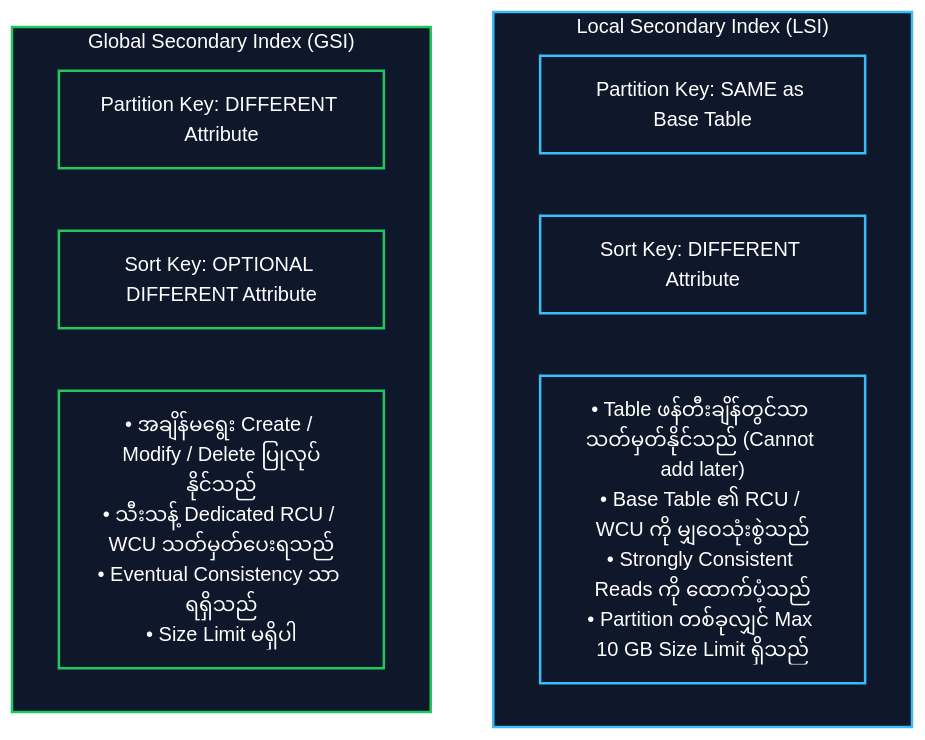
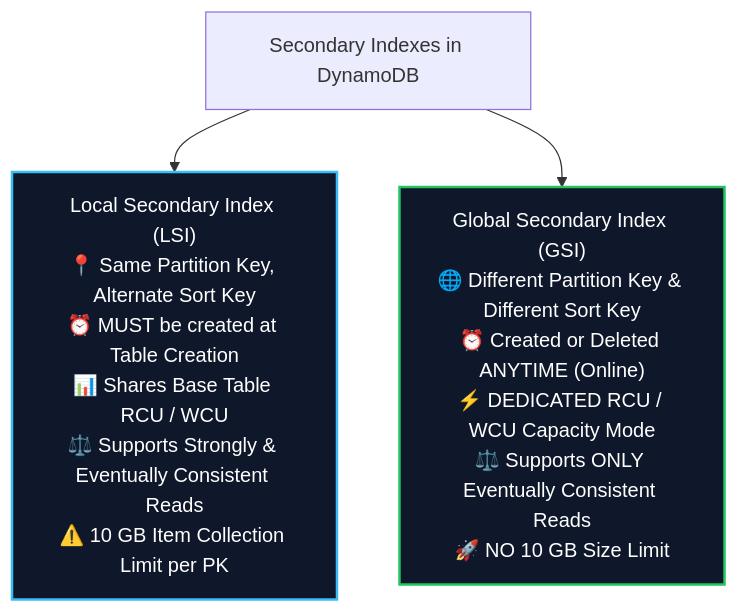
Before and after one commit to Wathon/aws-dea-c01-note: the third of 7 diagrams in content/mm/02-services/database/dynamodb.md, drawn with Mermaid. The commit also changed other lines of this file and 41 other files, not shown here.

````diff
--- a/content/mm/02-services/database/dynamodb.md
+++ b/content/mm/02-services/database/dynamodb.md
@@ -96,20 +164,11 @@
 ```mermaid
 graph TD
-    subgraph LSI_Struct["Local Secondary Index (LSI)"]
-        LSI_PK["Partition Key: SAME as Base Table"]
-        LSI_SK["Sort Key: DIFFERENT Attribute"]
-        LSI_Prop["• Table ဖန်တီးချိန်တွင်သာ သတ်မှတ်နိုင်သည် (Cannot add later)<br/>• Base Table ၏ RCU / WCU ကို မျှဝေသုံးစွဲသည်<br/>• Strongly Consistent Reads ကို ထောက်ပံ့သည်<br/>• Partition တစ်ခုလျှင် Max 10 GB Size Limit ရှိသည်"]
-    end
-
-    subgraph GSI_Struct["Global Secondary Index (GSI)"]
-        GSI_PK["Partition Key: DIFFERENT Attribute"]
-        GSI_SK["Sort Key: OPTIONAL DIFFERENT Attribute"]
-        GSI_Prop["• အချိန်မရွေး Create / Modify / Delete ပြုလုပ်နိုင်သည်<br/>• သီးသန့် Dedicated RCU / WCU သတ်မှတ်ပေးရသည်<br/>• Eventual Consistency သာ ရရှိသည်<br/>• Size Limit မရှိပါ"]
-    end
+    Root["Secondary Indexes in DynamoDB"] --> LSI["Local Secondary Index (LSI)<br/>📍 Same Partition Key, Alternate Sort Key<br/>⏰ MUST be created at Table Creation<br/>📊 Shares Base Table RCU / WCU<br/>⚖️ Supports Strongly & Eventually Consistent Reads<br/>⚠️ 10 GB Item Collection Limit per PK"]
+    Root --> GSI["Global Secondary Index (GSI)<br/>🌐 Different Partition Key & Different Sort Key<br/>⏰ Created or Deleted ANYTIME (Online)<br/>⚡ DEDICATED RCU / WCU Capacity Mode<br/>⚖️ Supports ONLY Eventually Consistent Reads<br/>🚀 NO 10 GB Size Limit"]
 
     classDef lsi fill:#0f172a,stroke:#38bdf8,stroke-width:2px,color:#fff;
     classDef gsi fill:#0f172a,stroke:#22c55e,stroke-width:2px,color:#fff;
 
-    class LSI_Struct,LSI_PK,LSI_SK,LSI_Prop lsi;
-    class GSI_Struct,GSI_PK,GSI_SK,GSI_Prop gsi;
+    class LSI lsi;
+    class GSI gsi;
 ```
````
